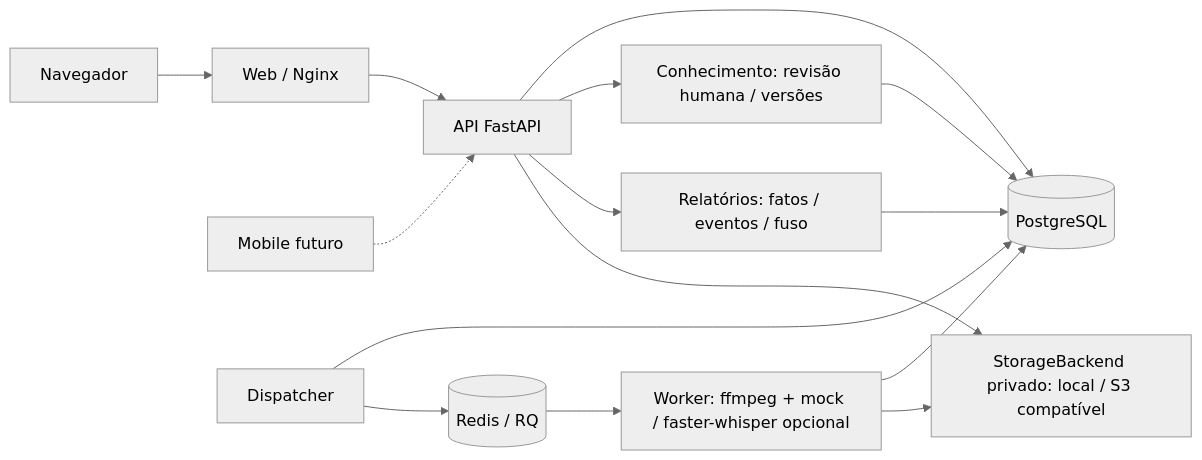
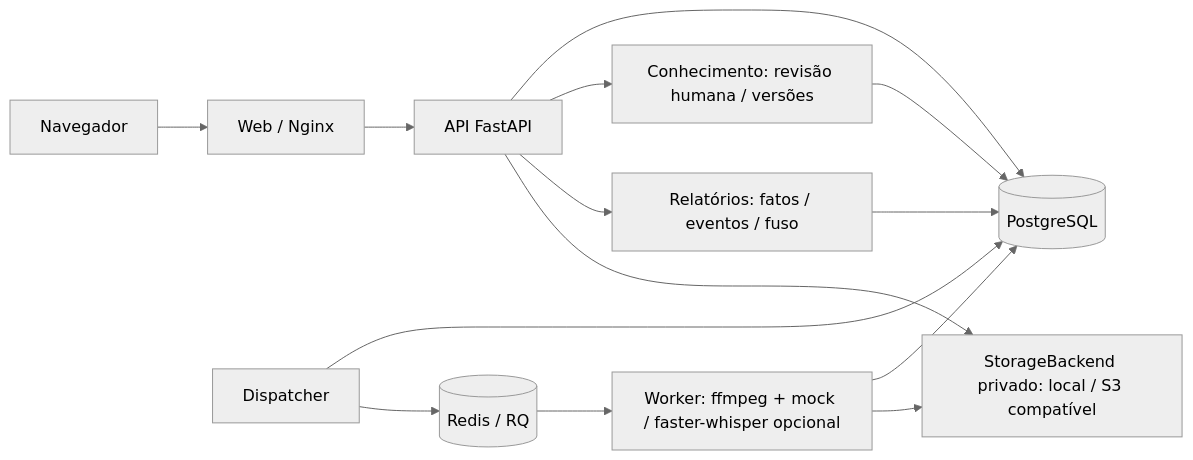
Before and after one commit to matheusenalt/SolDesk: the diagram in ARQUITETURA.md, drawn with Mermaid (neutral theme). The commit also changed other lines of this file and 32 other files, not shown here.

````diff
--- a/ARQUITETURA.md
+++ b/ARQUITETURA.md
@@ -40,17 +53,16 @@
 ```mermaid
 flowchart LR
   N[Navegador] --> W[Web / Nginx]
   W --> A[API FastAPI]
   A --> P[(PostgreSQL)]
   A --> K[Conhecimento: revisão humana / versões]
   K --> P
   A --> F[Relatórios: fatos / eventos / fuso]
   F --> P
-  M[Mobile futuro] -.-> A
   A --> S[StorageBackend privado: local / S3 compatível]
   D[Dispatcher] --> P
   D --> R[(Redis / RQ)]
   R --> T[Worker: ffmpeg + mock / faster-whisper opcional]
   T --> P
   T --> S
 ```
````
